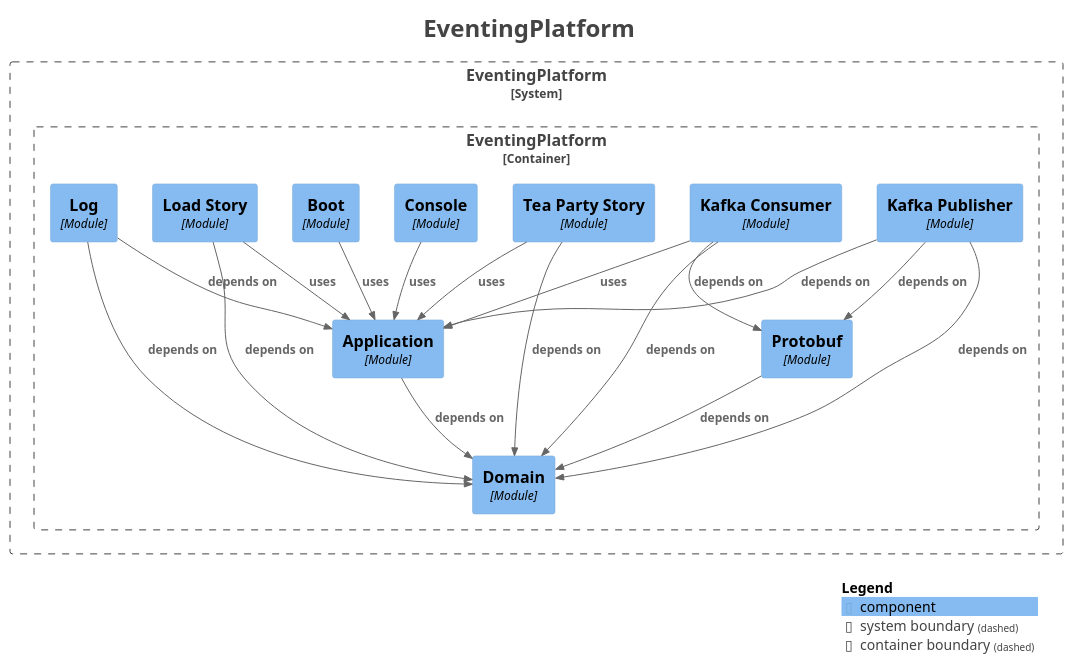
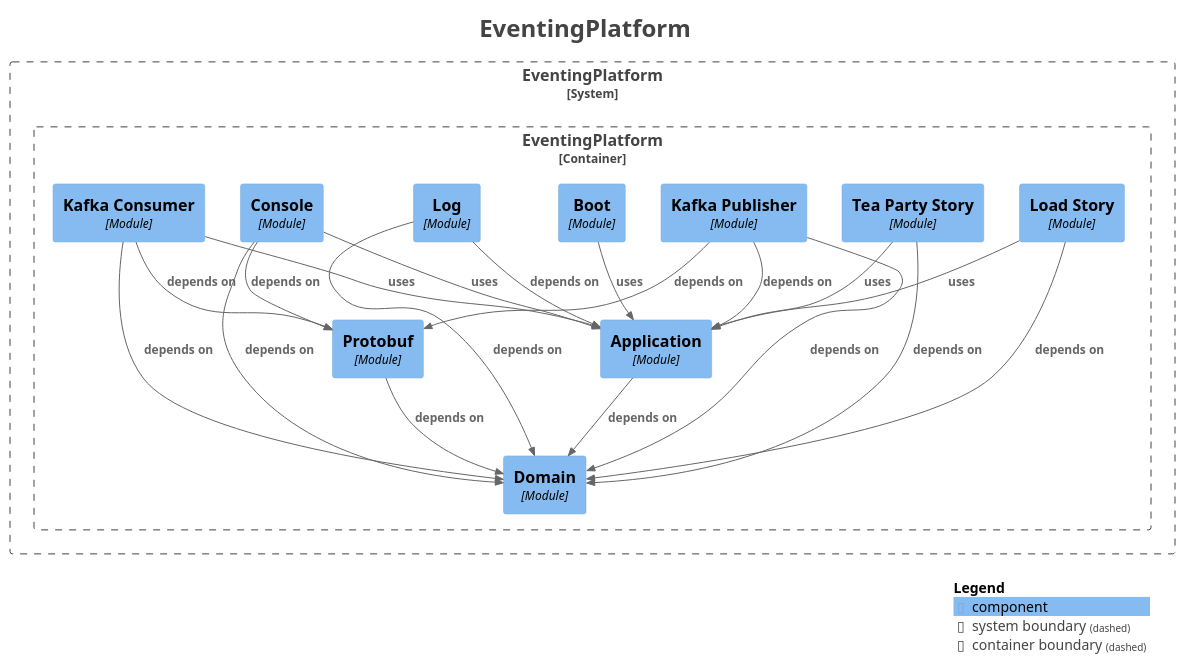
The diagram in docs/generated/architecture/plantuml/components.puml (Mathmagicians/confluent-eventing-playground), drawn with PlantUML before and after one commit. The commit also changed 20 other files, not shown here.

```diff
--- a/docs/generated/architecture/plantuml/components.puml
+++ b/docs/generated/architecture/plantuml/components.puml
@@ -1,53 +1,55 @@
 @startuml
 title <size:24>EventingPlatform</size>
 
 set separator none
 top to bottom direction
 
 <style>
   root {
     BackgroundColor: #ffffff
     FontColor: #444444
   }
 </style>
 
 !include <C4/C4>
 !include <C4/C4_Context>
 !include <C4/C4_Component>
 
 System_Boundary("EventingPlatform_boundary", "EventingPlatform", $tags="") {
   Container_Boundary("EventingPlatform.EventingPlatform_boundary", "EventingPlatform", $tags="") {
     Component(EventingPlatform.EventingPlatform.KafkaPublisher, "Kafka Publisher", $techn="Module", $descr="", $tags="", $link="")
     Component(EventingPlatform.EventingPlatform.LoadStory, "Load Story", $techn="Module", $descr="", $tags="", $link="")
     Component(EventingPlatform.EventingPlatform.TeaPartyStory, "Tea Party Story", $techn="Module", $descr="", $tags="", $link="")
     Component(EventingPlatform.EventingPlatform.Domain, "Domain", $techn="Module", $descr="", $tags="", $link="")
     Component(EventingPlatform.EventingPlatform.Protobuf, "Protobuf", $techn="Module", $descr="", $tags="", $link="")
     Component(EventingPlatform.EventingPlatform.Application, "Application", $techn="Module", $descr="", $tags="", $link="")
     Component(EventingPlatform.EventingPlatform.Boot, "Boot", $techn="Module", $descr="", $tags="", $link="")
     Component(EventingPlatform.EventingPlatform.Console, "Console", $techn="Module", $descr="", $tags="", $link="")
     Component(EventingPlatform.EventingPlatform.Log, "Log", $techn="Module", $descr="", $tags="", $link="")
     Component(EventingPlatform.EventingPlatform.KafkaConsumer, "Kafka Consumer", $techn="Module", $descr="", $tags="", $link="")
   }
 
 }
 
+Rel(EventingPlatform.EventingPlatform.Application, EventingPlatform.EventingPlatform.Domain, "depends on", $techn="", $tags="", $link="")
+Rel(EventingPlatform.EventingPlatform.KafkaPublisher, EventingPlatform.EventingPlatform.Domain, "depends on", $techn="", $tags="", $link="")
+Rel(EventingPlatform.EventingPlatform.KafkaPublisher, EventingPlatform.EventingPlatform.Protobuf, "depends on", $techn="", $tags="", $link="")
+Rel(EventingPlatform.EventingPlatform.KafkaPublisher, EventingPlatform.EventingPlatform.Application, "depends on", $techn="", $tags="", $link="")
 Rel(EventingPlatform.EventingPlatform.Log, EventingPlatform.EventingPlatform.Domain, "depends on", $techn="", $tags="", $link="")
 Rel(EventingPlatform.EventingPlatform.Log, EventingPlatform.EventingPlatform.Application, "depends on", $techn="", $tags="", $link="")
+Rel(EventingPlatform.EventingPlatform.Protobuf, EventingPlatform.EventingPlatform.Domain, "depends on", $techn="", $tags="", $link="")
+Rel(EventingPlatform.EventingPlatform.Boot, EventingPlatform.EventingPlatform.Application, "uses", $techn="", $tags="", $link="")
 Rel(EventingPlatform.EventingPlatform.KafkaConsumer, EventingPlatform.EventingPlatform.Domain, "depends on", $techn="", $tags="", $link="")
 Rel(EventingPlatform.EventingPlatform.KafkaConsumer, EventingPlatform.EventingPlatform.Protobuf, "depends on", $techn="", $tags="", $link="")
 Rel(EventingPlatform.EventingPlatform.KafkaConsumer, EventingPlatform.EventingPlatform.Application, "uses", $techn="", $tags="", $link="")
-Rel(EventingPlatform.EventingPlatform.Boot, EventingPlatform.EventingPlatform.Application, "uses", $techn="", $tags="", $link="")
-Rel(EventingPlatform.EventingPlatform.Console, EventingPlatform.EventingPlatform.Application, "uses", $techn="", $tags="", $link="")
 Rel(EventingPlatform.EventingPlatform.LoadStory, EventingPlatform.EventingPlatform.Domain, "depends on", $techn="", $tags="", $link="")
 Rel(EventingPlatform.EventingPlatform.LoadStory, EventingPlatform.EventingPlatform.Application, "uses", $techn="", $tags="", $link="")
-Rel(EventingPlatform.EventingPlatform.KafkaPublisher, EventingPlatform.EventingPlatform.Domain, "depends on", $techn="", $tags="", $link="")
-Rel(EventingPlatform.EventingPlatform.KafkaPublisher, EventingPlatform.EventingPlatform.Protobuf, "depends on", $techn="", $tags="", $link="")
-Rel(EventingPlatform.EventingPlatform.KafkaPublisher, EventingPlatform.EventingPlatform.Application, "depends on", $techn="", $tags="", $link="")
 Rel(EventingPlatform.EventingPlatform.TeaPartyStory, EventingPlatform.EventingPlatform.Domain, "depends on", $techn="", $tags="", $link="")
 Rel(EventingPlatform.EventingPlatform.TeaPartyStory, EventingPlatform.EventingPlatform.Application, "uses", $techn="", $tags="", $link="")
-Rel(EventingPlatform.EventingPlatform.Protobuf, EventingPlatform.EventingPlatform.Domain, "depends on", $techn="", $tags="", $link="")
-Rel(EventingPlatform.EventingPlatform.Application, EventingPlatform.EventingPlatform.Domain, "depends on", $techn="", $tags="", $link="")
+Rel(EventingPlatform.EventingPlatform.Console, EventingPlatform.EventingPlatform.Protobuf, "depends on", $techn="", $tags="", $link="")
+Rel(EventingPlatform.EventingPlatform.Console, EventingPlatform.EventingPlatform.Domain, "depends on", $techn="", $tags="", $link="")
+Rel(EventingPlatform.EventingPlatform.Console, EventingPlatform.EventingPlatform.Application, "uses", $techn="", $tags="", $link="")
 
 SHOW_LEGEND(true)
 hide stereotypes
 @enduml
```
